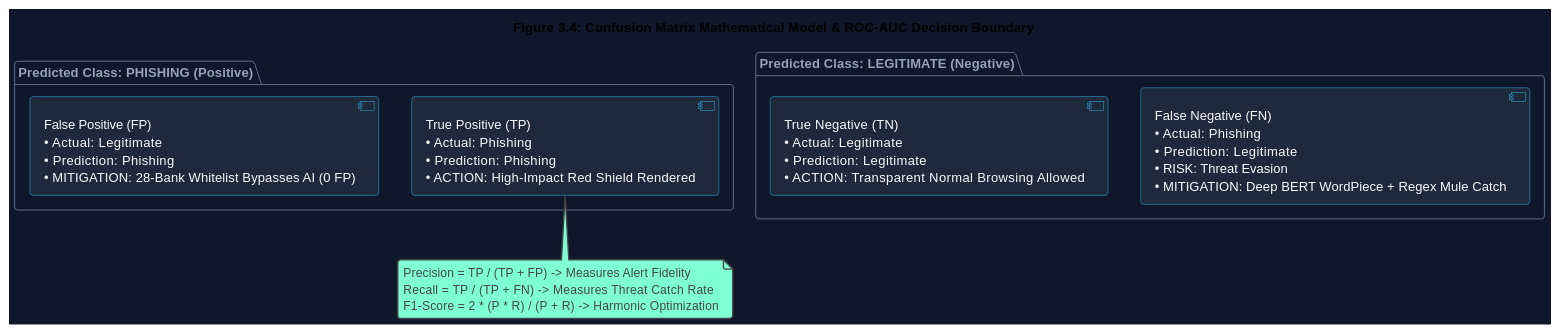
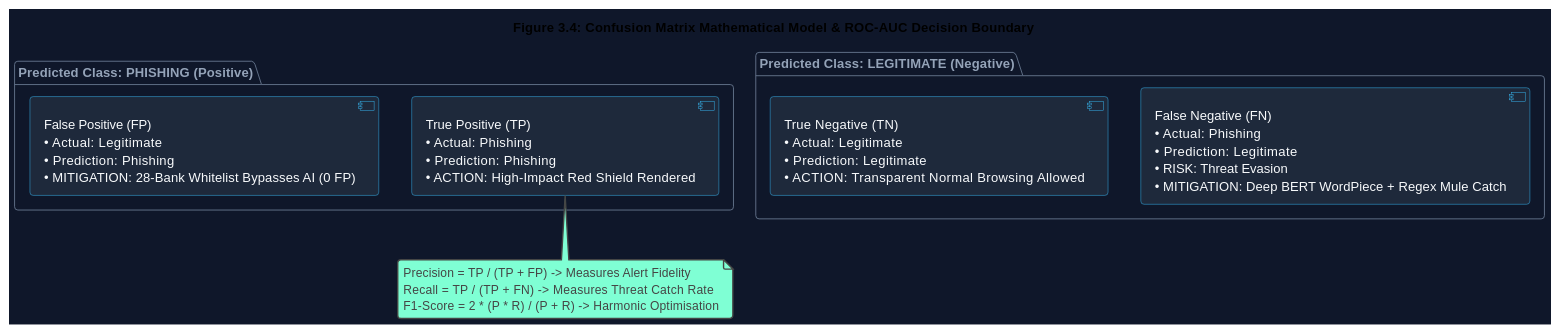
One commit to KunTheNoobie/PhishGuard-AI-Complete changed the fourth of 4 diagrams in report/Chapter_3_Methodology.md. Above: the diagram before and after it, drawn with PlantUML. The commit also changed other lines of this file, not shown here.

````diff
--- a/report/Chapter_3_Methodology.md
+++ b/report/Chapter_3_Methodology.md
@@ -406,31 +406,31 @@
 ```plantuml
 @startuml Confusion_Matrix_ROC_Chapter_3
 !theme vibrant
 skinparam backgroundColor #0f172a
 skinparam ArrowColor #38bdf8
 skinparam ComponentBorderColor #38bdf8
 skinparam ComponentBackgroundColor #1e293b
 skinparam ComponentFontColor #f8fafc
 skinparam PackageBorderColor #64748b
 skinparam PackageFontColor #94a3b8
 
 title Figure 3.4: Confusion Matrix Mathematical Model & ROC-AUC Decision Boundary
 
 package "Predicted Class: PHISHING (Positive)" {
     [True Positive (TP)\n• Actual: Phishing\n• Prediction: Phishing\n• ACTION: High-Impact Red Shield Rendered] as TP
     [False Positive (FP)\n• Actual: Legitimate\n• Prediction: Phishing\n• MITIGATION: 28-Bank Whitelist Bypasses AI (0 FP)] as FP
 }
 
 package "Predicted Class: LEGITIMATE (Negative)" {
     [False Negative (FN)\n• Actual: Phishing\n• Prediction: Legitimate\n• RISK: Threat Evasion\n• MITIGATION: Deep BERT WordPiece + Regex Mule Catch] as FN
     [True Negative (TN)\n• Actual: Legitimate\n• Prediction: Legitimate\n• ACTION: Transparent Normal Browsing Allowed] as TN
 }
 
 note bottom of TP
   Precision = TP / (TP + FP)  -> Measures Alert Fidelity
   Recall    = TP / (TP + FN)  -> Measures Threat Catch Rate
-  F1-Score  = 2 * (P * R) / (P + R) -> Harmonic Optimization
+  F1-Score  = 2 * (P * R) / (P + R) -> Harmonic Optimisation
 end note
 
 @enduml
 ```
````
